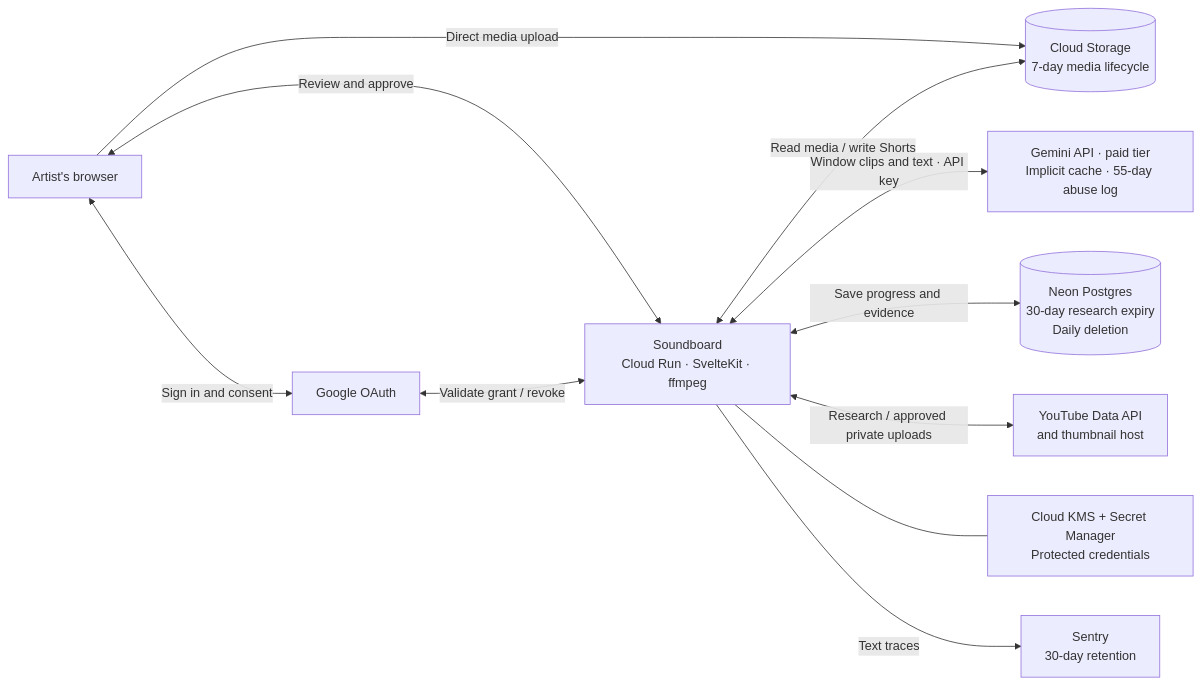
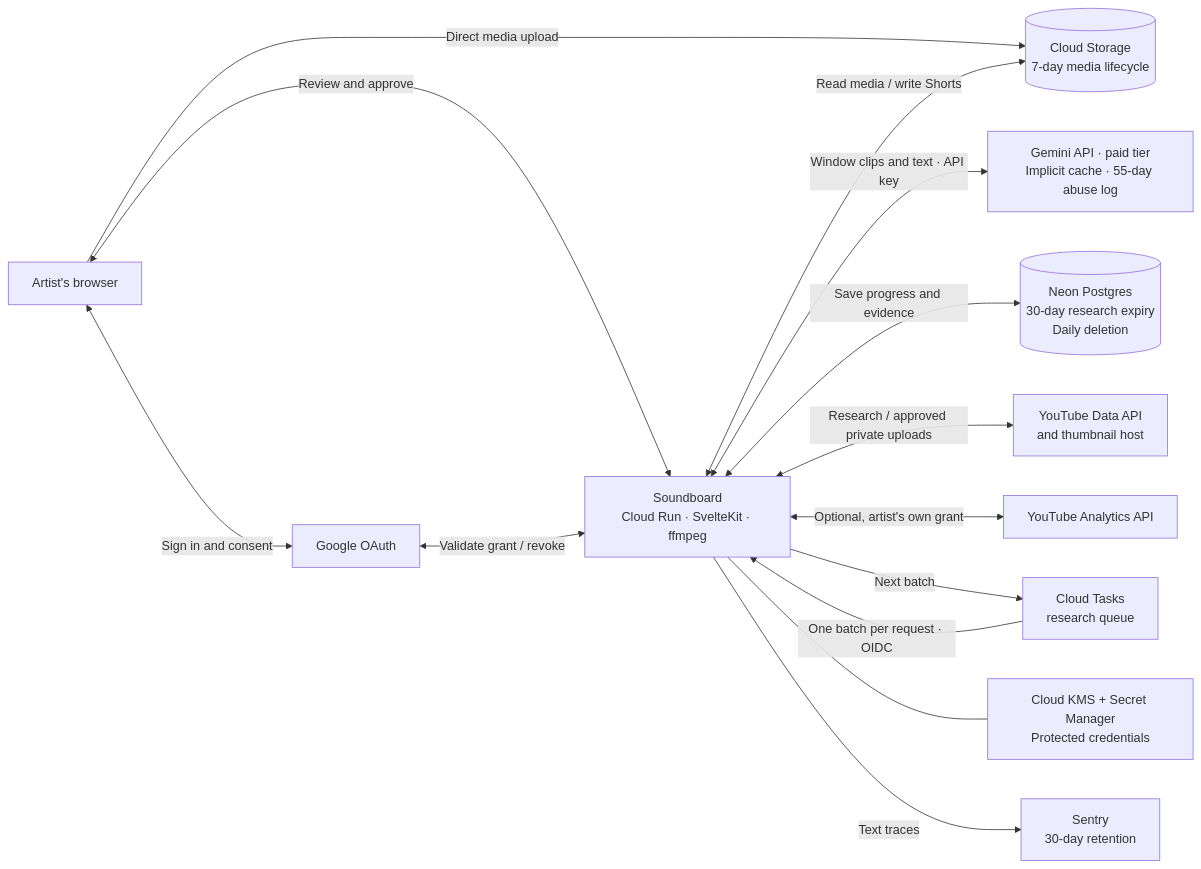
The diagram in docs/youtube-audit/architecture.md (anchildress1/soundboard), drawn with Mermaid before and after one commit. The commit also changed other lines of this file and 175 other files, not shown here.

````diff
--- a/docs/youtube-audit/architecture.md
+++ b/docs/youtube-audit/architecture.md
@@ -7,17 +7,20 @@
 ```mermaid
 %%{init: {"theme": "default"}}%%
 flowchart LR
   accTitle: Soundboard current architecture
-  accDescr: The artist uses a browser to sign in through Google and drive the Cloud Run app. Media goes directly to Cloud Storage. The app sends window clips and text to the paid Gemini API for analysis and drafting. It uses Neon for state and YouTube for research and approved private uploads. Cloud KMS and Secret Manager protect credentials. Sentry keeps text traces for 30 days. Neon deletes expired research daily.
+  accDescr: The artist uses a browser to sign in through Google and drive the Cloud Run app. Media goes directly to Cloud Storage. The app sends window clips and text to the paid Gemini API for analysis and drafting. It uses Neon for state, YouTube for research and approved private uploads, and the YouTube Analytics API only under the artist's optional grant. Cloud KMS and Secret Manager protect credentials. Sentry keeps text traces for 30 days. Cloud Tasks delivers research batches back to the app. Neon deletes expired YouTube data daily.
 
   ARTIST["Artist's browser"] <-->|"Sign in and consent"| AUTH["Google OAuth"]
   ARTIST <-->|"Review and approve"| APP["Soundboard<br/>Cloud Run · SvelteKit · ffmpeg"]
   AUTH <-->|"Validate grant / revoke"| APP
   ARTIST -->|"Direct media upload"| MEDIA[("Cloud Storage<br/>7-day media lifecycle")]
   APP <-->|"Read media / write Shorts"| MEDIA
   APP <-->|"Window clips and text · API key"| MODEL["Gemini API · paid tier<br/>Implicit cache · 55-day abuse log"]
   APP <-->|"Save progress and evidence"| DB[("Neon Postgres<br/>30-day research expiry<br/>Daily deletion")]
   APP <-->|"Research / approved private uploads"| YT["YouTube Data API<br/>and thumbnail host"]
+  APP <-->|"Optional, artist's own grant"| YTA["YouTube Analytics API"]
+  TASKS["Cloud Tasks<br/>research queue"] -->|"One batch per request · OIDC"| APP
+  APP -->|"Next batch"| TASKS
   APP --- SECURITY["Cloud KMS + Secret Manager<br/>Protected credentials"]
   APP -->|"Text traces"| SENTRY["Sentry<br/>30-day retention"]
 ```
````
